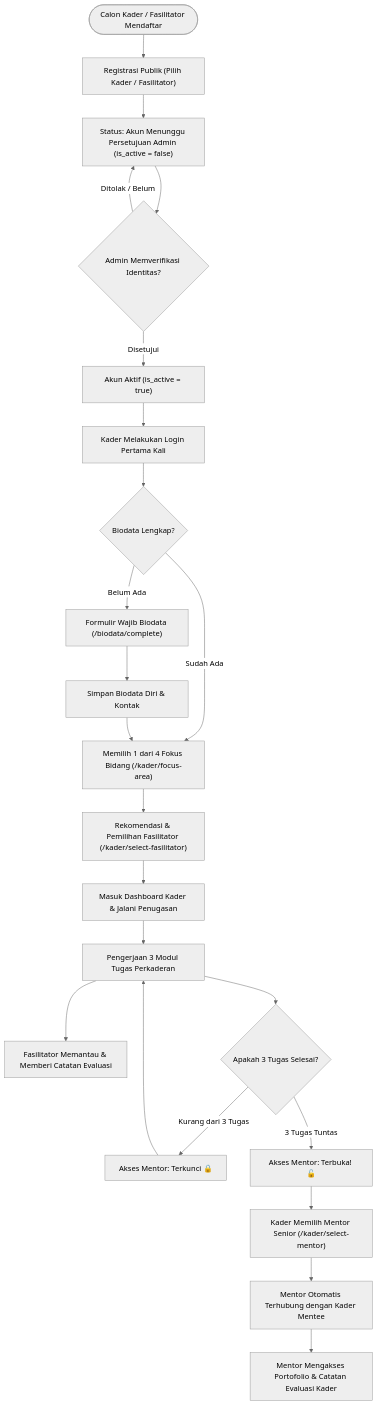
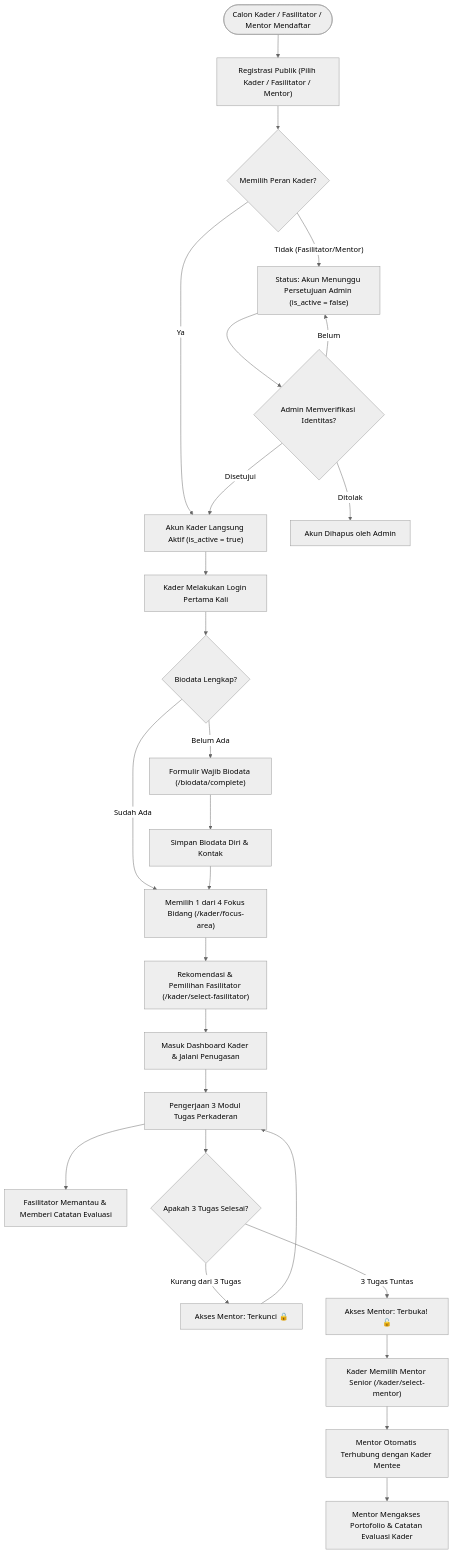
The diagram in BUSINESS.md (F1ru14/IMMUinsa), drawn with Mermaid (neutral theme) before and after one commit. The commit also changed other lines of this file and 41 other files, not shown here.

````diff
--- a/BUSINESS.md
+++ b/BUSINESS.md
@@ -65,34 +65,38 @@
 ```mermaid
 flowchart TD
-    Start(["Calon Kader / Fasilitator Mendaftar"]) --> RegisterForm["Registrasi Publik (Pilih Kader / Fasilitator)"]
-    RegisterForm --> PendingStatus["Status: Akun Menunggu Persetujuan Admin (is_active = false)"]
+    Start(["Calon Kader / Fasilitator / Mentor Mendaftar"]) --> RegisterForm["Registrasi Publik (Pilih Kader / Fasilitator / Mentor)"]
+    RegisterForm --> RoleCheck{"Memilih Peran Kader?"}
+
+    RoleCheck -- "Ya" --> ActiveAccount["Akun Kader Langsung Aktif (is_active = true)"]
+    RoleCheck -- "Tidak (Fasilitator/Mentor)" --> PendingStatus["Status: Akun Menunggu Persetujuan Admin (is_active = false)"]
 
     PendingStatus --> AdminReview{"Admin Memverifikasi Identitas?"}
-    AdminReview -- "Ditolak / Belum" --> PendingStatus
-    AdminReview -- "Disetujui" --> ActiveAccount["Akun Aktif (is_active = true)"]
+    AdminReview -- "Ditolak" --> RejectedAccount["Akun Dihapus oleh Admin"]
+    AdminReview -- "Belum" --> PendingStatus
+    AdminReview -- "Disetujui" --> ActiveAccount
 
     ActiveAccount --> LoginUser["Kader Melakukan Login Pertama Kali"]
     LoginUser --> CheckBiodata{"Biodata Lengkap?"}
 
     CheckBiodata -- "Belum Ada" --> MandatoryBiodata["Formulir Wajib Biodata (/biodata/complete)"]
     MandatoryBiodata --> SaveBiodata["Simpan Biodata Diri & Kontak"]
 
     CheckBiodata -- "Sudah Ada" --> ChooseFocusArea
     SaveBiodata --> ChooseFocusArea["Memilih 1 dari 4 Fokus Bidang (/kader/focus-area)"]
 
     ChooseFocusArea --> SelectFasil["Rekomendasi & Pemilihan Fasilitator (/kader/select-fasilitator)"]
     SelectFasil --> KaderDashboard["Masuk Dashboard Kader & Jalani Penugasan"]
 
     KaderDashboard --> TaskProcess["Pengerjaan 3 Modul Tugas Perkaderan"]
     TaskProcess --> FasilReview["Fasilitator Memantau & Memberi Catatan Evaluasi"]
 
     TaskProcess --> CheckTaskCount{"Apakah 3 Tugas Selesai?"}
     CheckTaskCount -- "Kurang dari 3 Tugas" --> LockedMentor["Akses Mentor: Terkunci 🔒"]
     LockedMentor --> TaskProcess
 
     CheckTaskCount -- "3 Tugas Tuntas" --> UnlockMentor["Akses Mentor: Terbuka! 🔓"]
     UnlockMentor --> SelectMentor["Kader Memilih Mentor Senior (/kader/select-mentor)"]
 
     SelectMentor --> AutoMentorConnect["Mentor Otomatis Terhubung dengan Kader Mentee"]
     AutoMentorConnect --> MentorDashboard["Mentor Mengakses Portofolio & Catatan Evaluasi Kader"]
 ```
````
